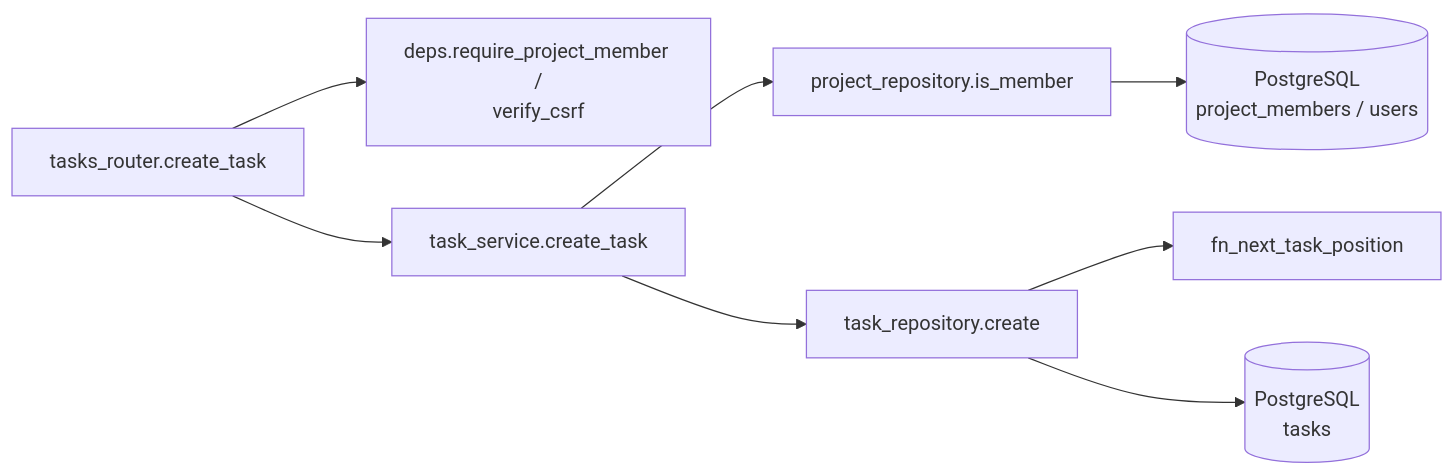
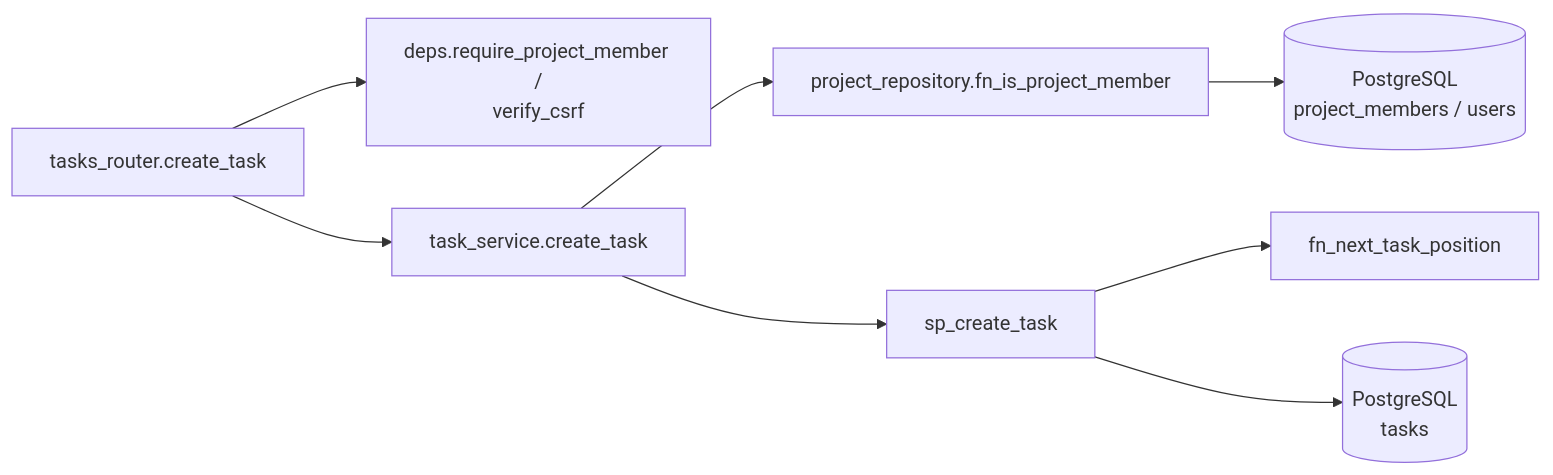
The third of 4 diagrams in detailed_design/api/tasks/02_post_project_tasks.md (oikawa-d/task_management), drawn with Mermaid before and after one commit. The commit also changed other lines of this file and 58 other files, not shown here.

````diff
--- a/detailed_design/api/tasks/02_post_project_tasks.md
+++ b/detailed_design/api/tasks/02_post_project_tasks.md
@@ -235,10 +235,10 @@
 ```mermaid
 flowchart LR
     R["tasks_router.create_task"] --> DEP["deps.require_project_member /<br/>verify_csrf"]
     R --> S["task_service.create_task"]
-    S --> PR["project_repository.is_member"]
-    S --> TR["task_repository.create"]
+    S --> PR["project_repository.fn_is_project_member"]
+    S --> TR["sp_create_task"]
     TR --> FN["fn_next_task_position"]
     TR --> DB[("PostgreSQL<br/>tasks")]
     PR --> DBM[("PostgreSQL<br/>project_members / users")]
 ```
````
